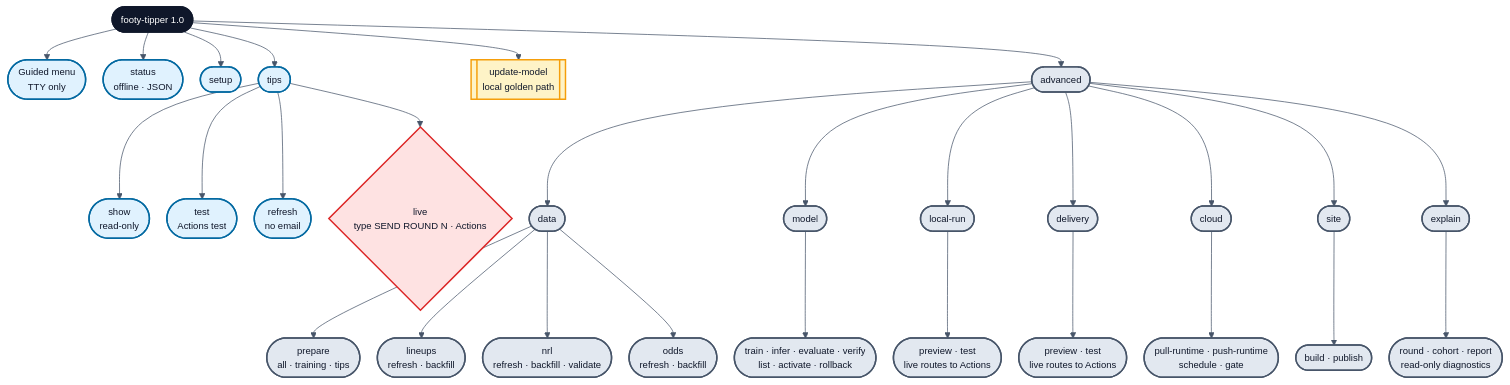
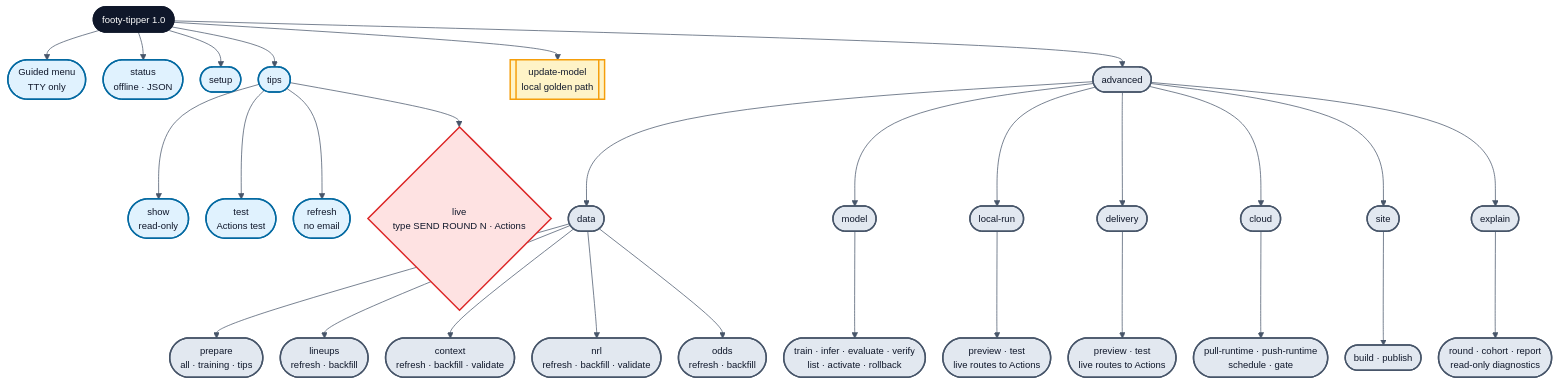
Before and after one commit to levonrush/footy-tipper: the diagram in docs/diagrams/operator-cli.mmd, drawn with Mermaid. The commit also changed 61 other files, not shown here.

```diff
--- a/docs/diagrams/operator-cli.mmd
+++ b/docs/diagrams/operator-cli.mmd
@@ -1,73 +1,75 @@
 %%{init: {"theme":"base","flowchart":{"curve":"basis","nodeSpacing":24,"rankSpacing":38},"themeVariables":{"fontFamily":"Inter, Arial, sans-serif","fontSize":"13px","primaryTextColor":"#0F172A","lineColor":"#475569","background":"transparent"}}}%%
 flowchart TB
   CLI([footy-tipper 1.0])
   MENU([Guided menu<br/>TTY only])
   STATUS([status<br/>offline · JSON])
   SETUP([setup])
   TIPS([tips])
   UPDATE[[update-model<br/>local golden path]]
   ADV([advanced])
 
   SHOW([show<br/>read-only])
   TEST([test<br/>Actions test])
   REFRESH([refresh<br/>no email])
   LIVE{live<br/>type SEND ROUND N · Actions}
 
   DATA([data])
   MODEL([model])
   LOCAL([local-run])
   DELIVERY([delivery])
   CLOUD([cloud])
   SITE([site])
   EXPLAIN([explain])
 
   PREP([prepare<br/>all · training · tips])
   LINEUPS([lineups<br/>refresh · backfill])
+  CONTEXT([context<br/>refresh · backfill · validate])
   NRL([nrl<br/>refresh · backfill · validate])
   ODDS([odds<br/>refresh · backfill])
   MODEL_ACTIONS([train · infer · evaluate · verify<br/>list · activate · rollback])
   RUN_MODES([preview · test<br/>live routes to Actions])
   DELIVERY_MODES([preview · test<br/>live routes to Actions])
   CLOUD_ACTIONS([pull-runtime · push-runtime<br/>schedule · gate])
   SITE_ACTIONS([build · publish])
   EXPLAIN_ACTIONS([round · cohort · report<br/>read-only diagnostics])
 
   CLI --> MENU
   CLI --> STATUS
   CLI --> SETUP
   CLI --> TIPS
   CLI --> UPDATE
   CLI --> ADV
   TIPS --> SHOW
   TIPS --> TEST
   TIPS --> REFRESH
   TIPS --> LIVE
   ADV --> DATA
   ADV --> MODEL
   ADV --> LOCAL
   ADV --> DELIVERY
   ADV --> CLOUD
   ADV --> SITE
   ADV --> EXPLAIN
   DATA --> PREP
   DATA --> LINEUPS
+  DATA --> CONTEXT
   DATA --> NRL
   DATA --> ODDS
   MODEL --> MODEL_ACTIONS
   LOCAL --> RUN_MODES
   DELIVERY --> DELIVERY_MODES
   CLOUD --> CLOUD_ACTIONS
   SITE --> SITE_ACTIONS
   EXPLAIN --> EXPLAIN_ACTIONS
 
   classDef root fill:#0F172A,stroke:#0F172A,color:#FFFFFF,stroke-width:2px;
   classDef everyday fill:#E0F2FE,stroke:#0369A1,color:#0F172A,stroke-width:2px;
   classDef technical fill:#E2E8F0,stroke:#475569,color:#0F172A,stroke-width:2px;
   classDef model fill:#FEF3C7,stroke:#F59E0B,color:#0F172A,stroke-width:2px;
   classDef safety fill:#FEE2E2,stroke:#DC2626,color:#0F172A,stroke-width:2px;
 
   class CLI root;
   class MENU,STATUS,SETUP,TIPS,SHOW,TEST,REFRESH everyday;
   class UPDATE model;
   class LIVE safety;
-  class ADV,DATA,MODEL,LOCAL,DELIVERY,CLOUD,SITE,EXPLAIN,PREP,LINEUPS,NRL,ODDS,MODEL_ACTIONS,RUN_MODES,DELIVERY_MODES,CLOUD_ACTIONS,SITE_ACTIONS,EXPLAIN_ACTIONS technical;
+  class ADV,DATA,MODEL,LOCAL,DELIVERY,CLOUD,SITE,EXPLAIN,PREP,LINEUPS,CONTEXT,NRL,ODDS,MODEL_ACTIONS,RUN_MODES,DELIVERY_MODES,CLOUD_ACTIONS,SITE_ACTIONS,EXPLAIN_ACTIONS technical;
```
